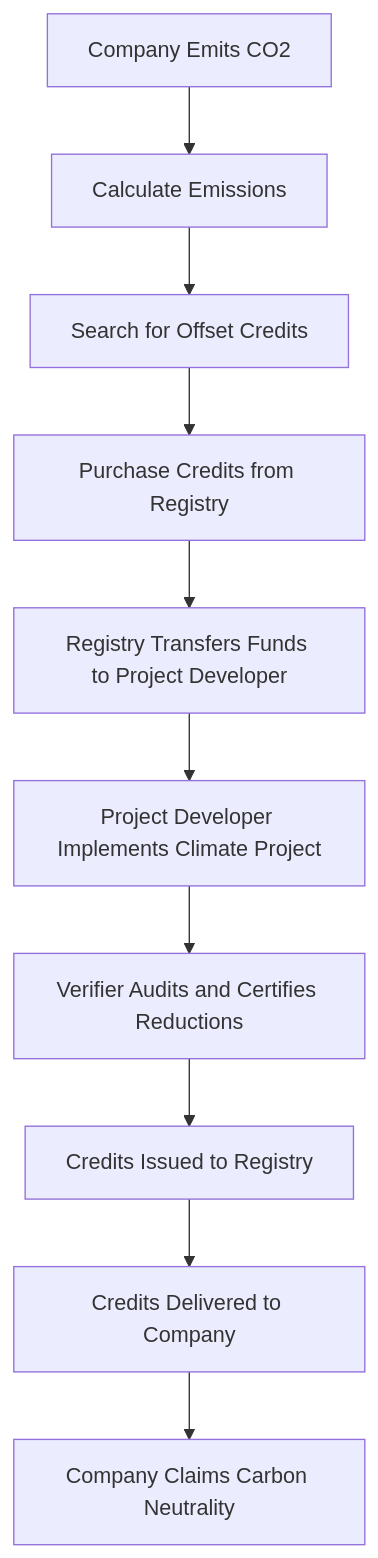
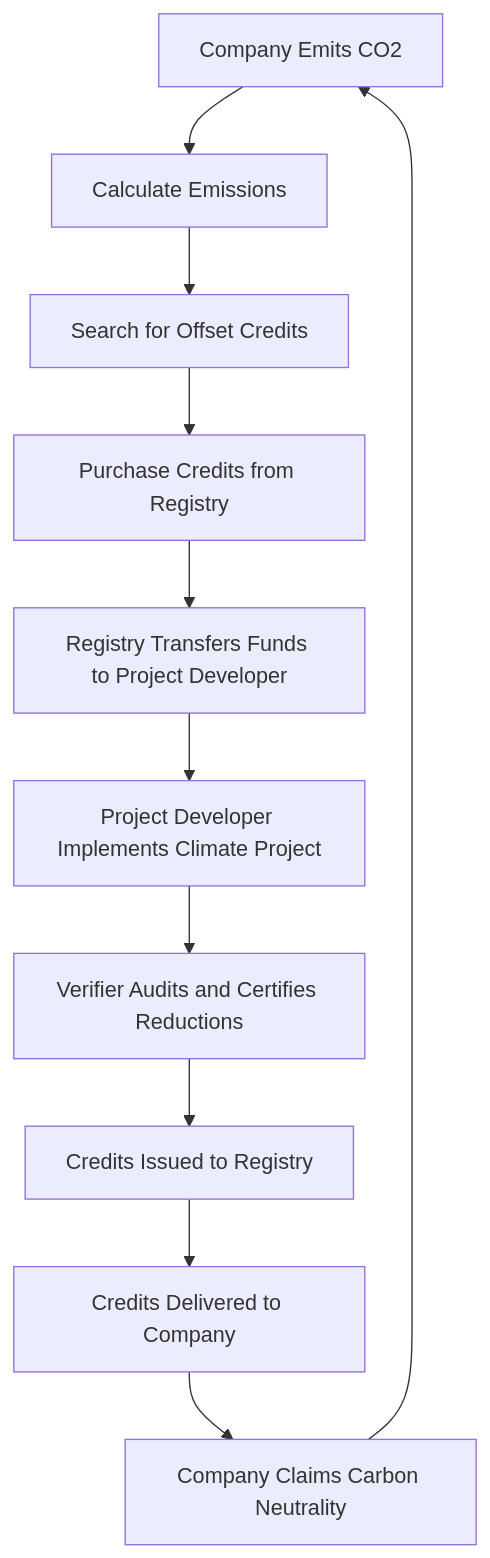
The first of 3 diagrams in Offsetting.md (co3org/Industrial-Decarbonization), drawn with Mermaid before and after one commit. The commit also changed other lines of this file, not shown here.

Commit message:
Offsetting diagrams fixes

````diff
--- a/Offsetting.md
+++ b/Offsetting.md
@@ -42,12 +42,13 @@
 ```mermaid
 graph TD
     A[Company Emits CO2] --> B[Calculate Emissions]
     B --> C[Search for Offset Credits]
     C --> D[Purchase Credits from Registry]
     D --> E[Registry Transfers Funds to Project Developer]
     E --> F[Project Developer Implements Climate Project]
     F --> G[Verifier Audits and Certifies Reductions]
     G --> H[Credits Issued to Registry]
     H --> I[Credits Delivered to Company]
     I --> J[Company Claims Carbon Neutrality]
+    J --> A
 ```
````
